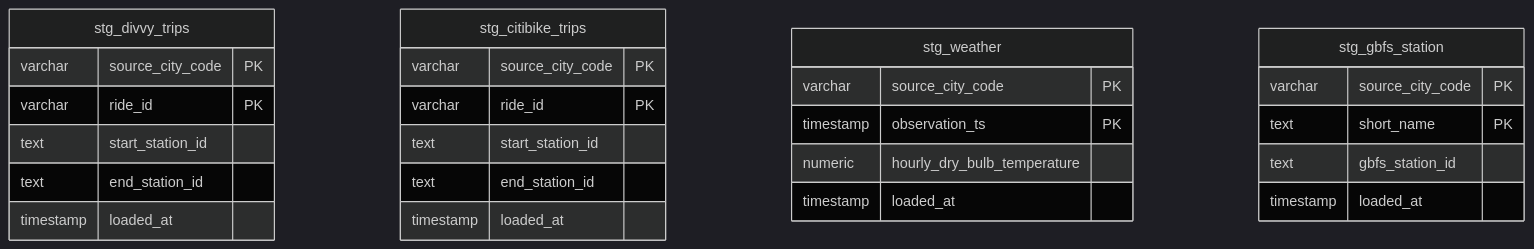
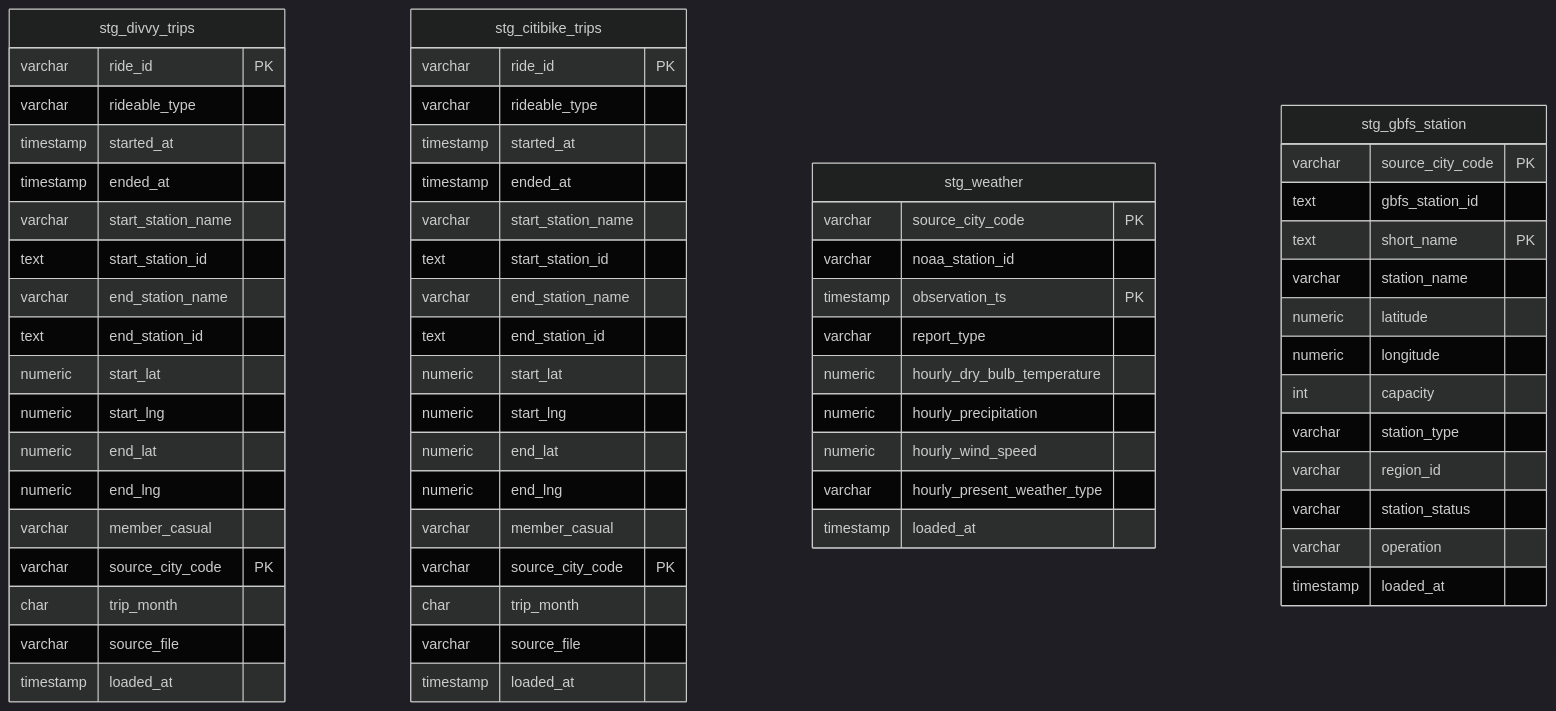
The third of 6 diagrams in 4_Official_Hop_Project/README.md (1653072/hcmus-master-is-bi), drawn with Mermaid (dark theme) before and after one commit. The commit also changed other lines of this file, not shown here.

````diff
--- a/4_Official_Hop_Project/README.md
+++ b/4_Official_Hop_Project/README.md
@@ -636,29 +642,66 @@
 ```mermaid
 erDiagram
   stg_divvy_trips {
+    varchar ride_id PK
+    varchar rideable_type
+    timestamp started_at
+    timestamp ended_at
+    varchar start_station_name
+    text start_station_id
+    varchar end_station_name
+    text end_station_id
+    numeric start_lat
+    numeric start_lng
+    numeric end_lat
+    numeric end_lng
+    varchar member_casual
     varchar source_city_code PK
-    varchar ride_id PK
-    text start_station_id
-    text end_station_id
+    char trip_month
+    varchar source_file
     timestamp loaded_at
   }
   stg_citibike_trips {
+    varchar ride_id PK
+    varchar rideable_type
+    timestamp started_at
+    timestamp ended_at
+    varchar start_station_name
+    text start_station_id
+    varchar end_station_name
+    text end_station_id
+    numeric start_lat
+    numeric start_lng
+    numeric end_lat
+    numeric end_lng
+    varchar member_casual
     varchar source_city_code PK
-    varchar ride_id PK
-    text start_station_id
-    text end_station_id
+    char trip_month
+    varchar source_file
     timestamp loaded_at
   }
   stg_weather {
     varchar source_city_code PK
+    varchar noaa_station_id
     timestamp observation_ts PK
+    varchar report_type
     numeric hourly_dry_bulb_temperature
+    numeric hourly_precipitation
+    numeric hourly_wind_speed
+    varchar hourly_present_weather_type
     timestamp loaded_at
   }
   stg_gbfs_station {
     varchar source_city_code PK
+    text gbfs_station_id
     text short_name PK
-    text gbfs_station_id
+    varchar station_name
+    numeric latitude
+    numeric longitude
+    int capacity
+    varchar station_type
+    varchar region_id
+    varchar station_status
+    varchar operation
     timestamp loaded_at
   }
 ```
````
